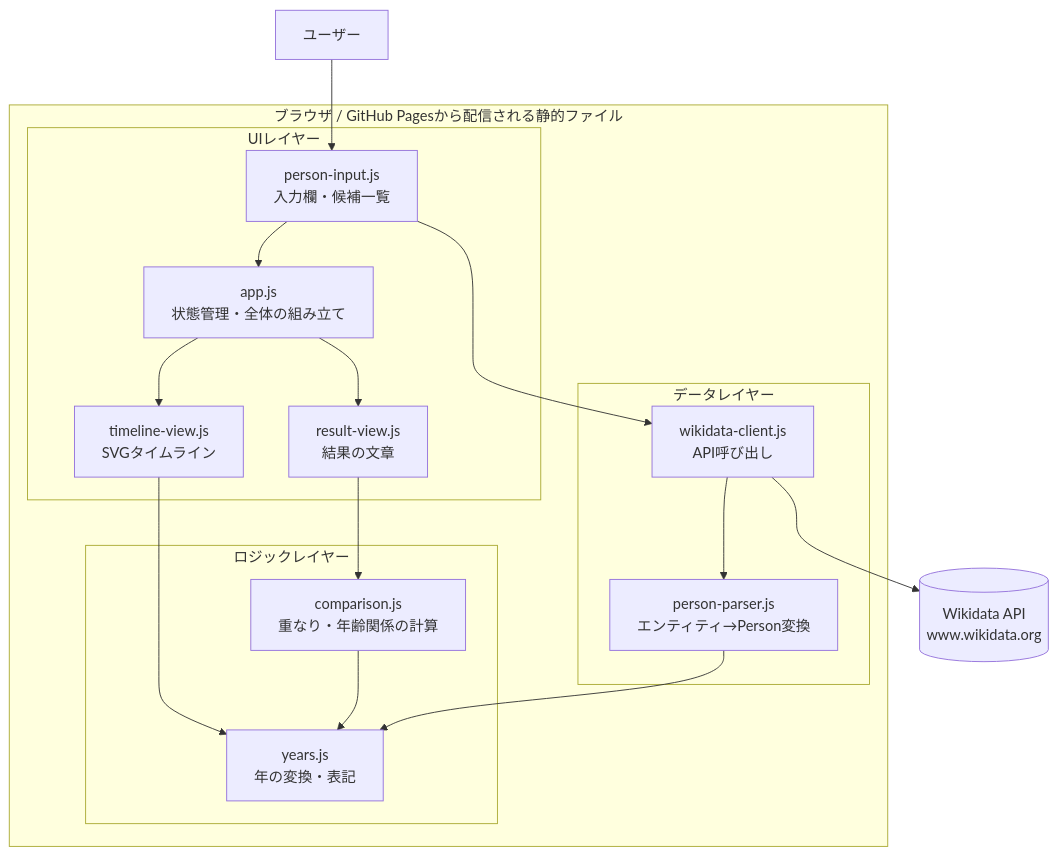
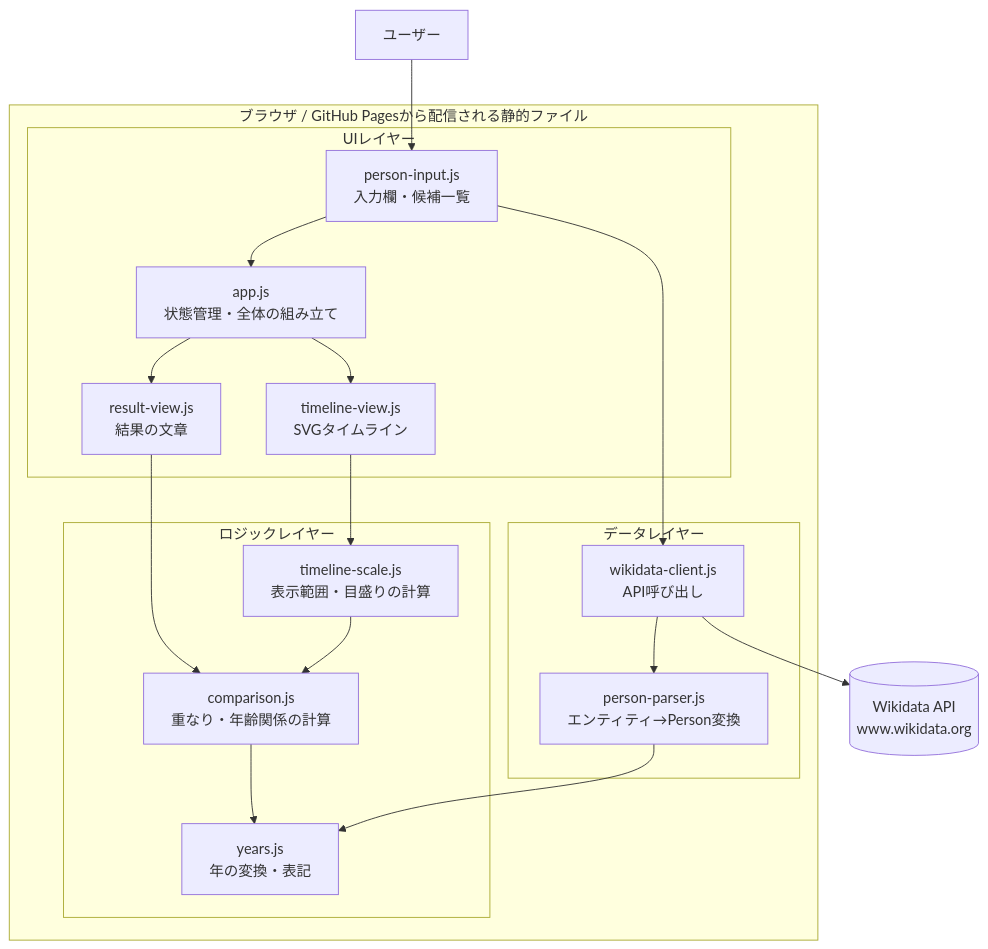
Before and after one commit to nogawa-asase/ijin-timeline: the first of 5 diagrams in docs/functional-design.md, drawn with Mermaid. The commit also changed other lines of this file and 49 other files, not shown here.

````diff
--- a/docs/functional-design.md
+++ b/docs/functional-design.md
@@ -9,35 +9,37 @@
 ```mermaid
 graph TB
     User[ユーザー]
 
     subgraph Browser[ブラウザ / GitHub Pagesから配信される静的ファイル]
         subgraph UI[UIレイヤー]
             App[app.js<br/>状態管理・全体の組み立て]
             PersonInput[person-input.js<br/>入力欄・候補一覧]
             TimelineView[timeline-view.js<br/>SVGタイムライン]
             ResultView[result-view.js<br/>結果の文章]
         end
         subgraph Logic[ロジックレイヤー]
             Comparison[comparison.js<br/>重なり・年齢関係の計算]
+            Scale[timeline-scale.js<br/>表示範囲・目盛りの計算]
             Years[years.js<br/>年の変換・表記]
         end
         subgraph Data[データレイヤー]
             Client[wikidata-client.js<br/>API呼び出し]
             Parser[person-parser.js<br/>エンティティ→Person変換]
         end
     end
 
     Wikidata[(Wikidata API<br/>www.wikidata.org)]
 
     User --> PersonInput
     PersonInput --> Client
     PersonInput --> App
     App --> TimelineView
     App --> ResultView
     ResultView --> Comparison
-    TimelineView --> Years
+    TimelineView --> Scale
+    Scale --> Comparison
     Comparison --> Years
     Client --> Parser
     Parser --> Years
     Client --> Wikidata
 ```
````
